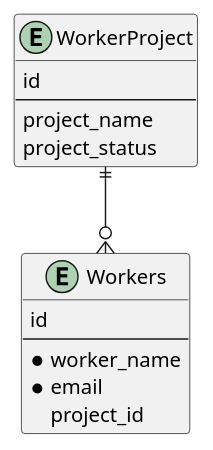
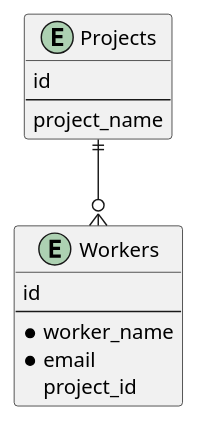
The diagram in docs/database_structure.puml (qaszz/no.kristiania.Eksamen.Oving), drawn with PlantUML before and after one commit. The commit also changed 4 other files, not shown here.

Commit message:
Project DAO should list all projects (green, but not for the correct reason)

```diff
--- a/docs/database_structure.puml
+++ b/docs/database_structure.puml
@@ -1,20 +1,19 @@
 @startuml
 
 entity Workers {
     id
     --
     * worker_name
     * email
     project_id
 }
 
-entity WorkerProject {
+entity Projects {
     id
     --
     project_name
-    project_status
 }
 
-WorkerProject ||--o{ Workers
+Projects ||--o{ Workers
 
 @enduml
```
